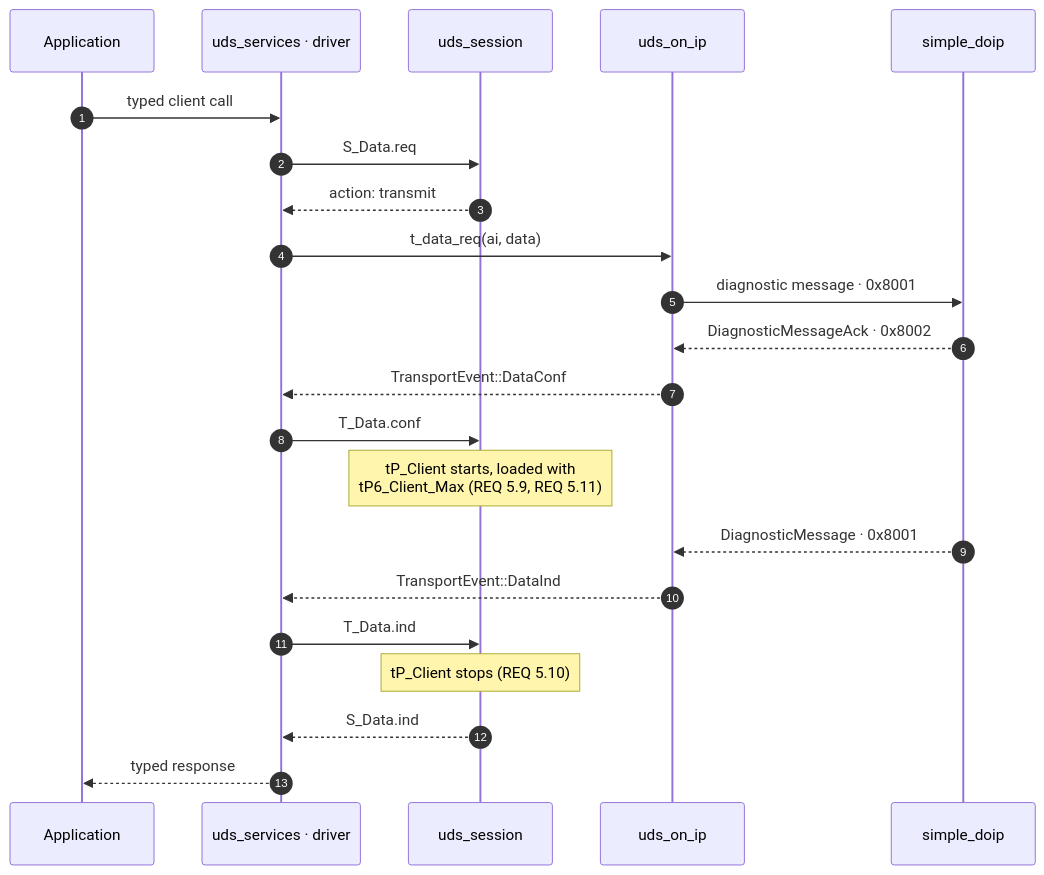
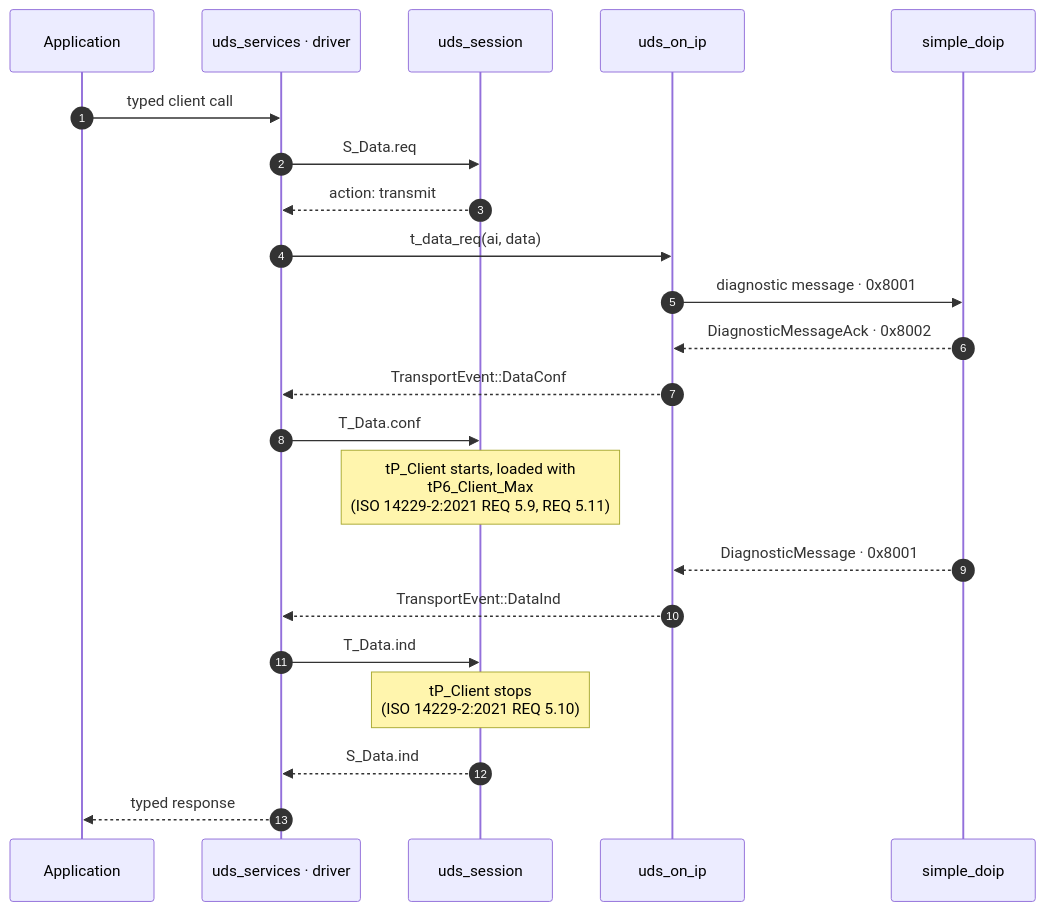
The first of 4 diagrams in crates/uds_on_ip/ARCHITECTURE.md (luminartech/uds_stack), drawn with Mermaid before and after one commit. The commit also changed other lines of this file and 40 other files, not shown here.

````diff
--- a/crates/uds_on_ip/ARCHITECTURE.md
+++ b/crates/uds_on_ip/ARCHITECTURE.md
@@ -395,25 +402,25 @@
 ```mermaid
 sequenceDiagram
     autonumber
     participant App as Application
     participant V as uds_services · driver
     participant S as uds_session
     participant M as uds_on_ip
     participant D as simple_doip
 
     App->>V: typed client call
     V->>S: S_Data.req
     S-->>V: action: transmit
     V->>M: t_data_req(ai, data)
     M->>D: diagnostic message · 0x8001
     D-->>M: DiagnosticMessageAck · 0x8002
     M-->>V: TransportEvent::DataConf
     V->>S: T_Data.conf
-    Note over S: tP_Client starts, loaded with<br/>tP6_Client_Max (REQ 5.9, REQ 5.11)
+    Note over S: tP_Client starts, loaded with<br/>tP6_Client_Max<br/>(ISO 14229-2:2021 REQ 5.9, REQ 5.11)
     D-->>M: DiagnosticMessage · 0x8001
     M-->>V: TransportEvent::DataInd
     V->>S: T_Data.ind
-    Note over S: tP_Client stops (REQ 5.10)
+    Note over S: tP_Client stops<br/>(ISO 14229-2:2021 REQ 5.10)
     S-->>V: S_Data.ind
     V-->>App: typed response
 ```
````
